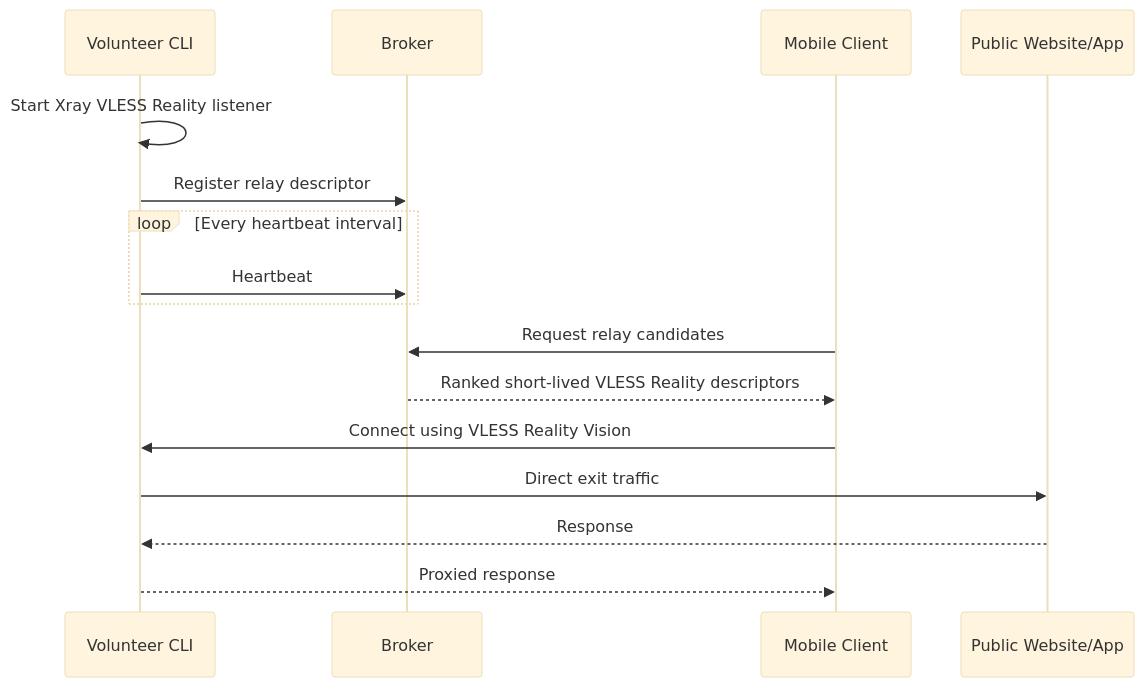
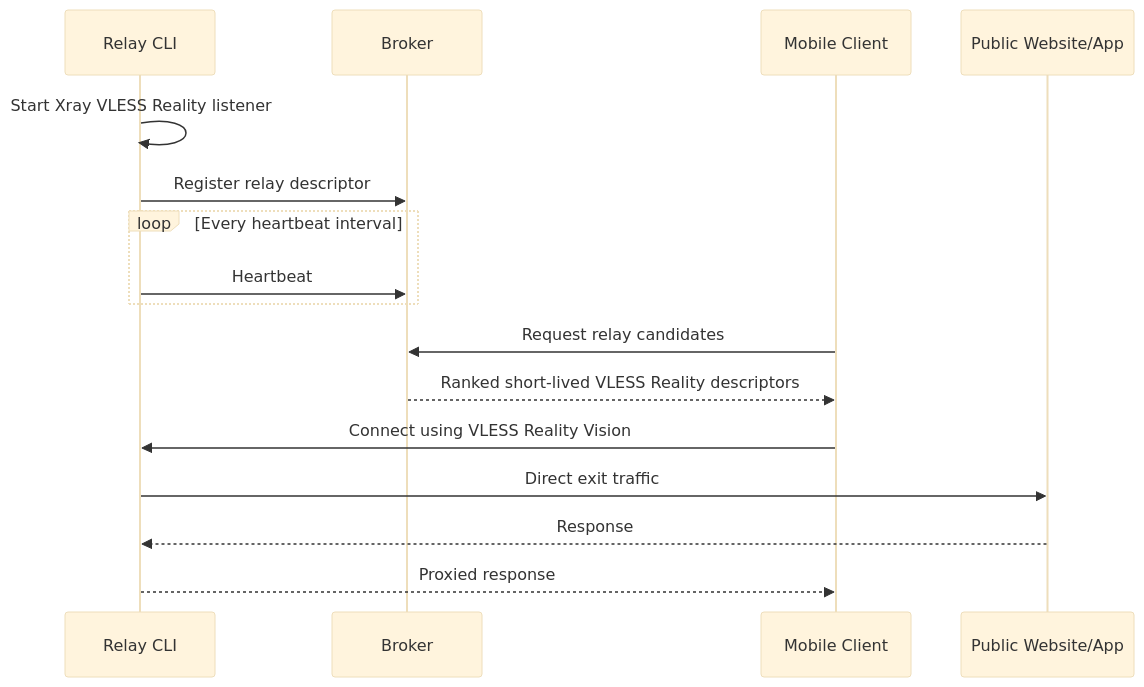
Before and after one commit to openrung/openrung: the third of 3 diagrams in docs/architecture.md, drawn with Mermaid (base theme). The commit also changed other lines of this file and 85 other files, not shown here.

````diff
--- a/docs/architecture.md
+++ b/docs/architecture.md
@@ -227,19 +250,19 @@
 ```mermaid
 sequenceDiagram
-    participant V as Volunteer CLI
+    participant V as Relay CLI
     participant B as Broker
     participant C as Mobile Client
     participant W as Public Website/App
 
     V->>V: Start Xray VLESS Reality listener
     V->>B: Register relay descriptor
     loop Every heartbeat interval
         V->>B: Heartbeat
     end
     C->>B: Request relay candidates
     B-->>C: Ranked short-lived VLESS Reality descriptors
     C->>V: Connect using VLESS Reality Vision
     V->>W: Direct exit traffic
     W-->>V: Response
     V-->>C: Proxied response
 ```
````
